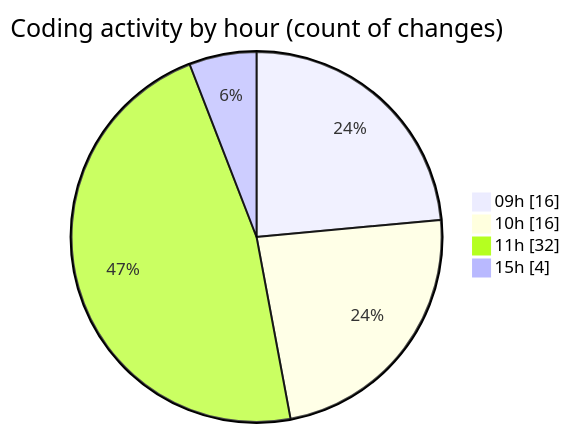
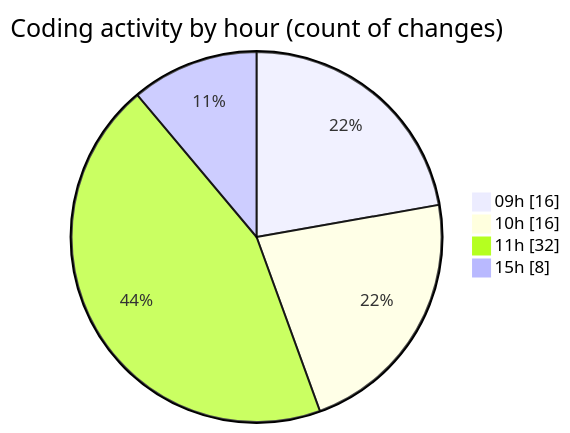
The second of 2 diagrams in 2025-07-04/cda/README.md (momahboobian/code-tracking), drawn with Mermaid before and after one commit. The commit also changed other lines of this file and 1 other file, not shown here.

````diff
--- a/2025-07-04/cda/README.md
+++ b/2025-07-04/cda/README.md
@@ -45,8 +45,8 @@
 ```mermaid
 pie showData
 title Coding activity by hour (count of changes)
 "09h" : 16
 "10h" : 16
 "11h" : 32
-"15h" : 4
+"15h" : 8
 ```
````
